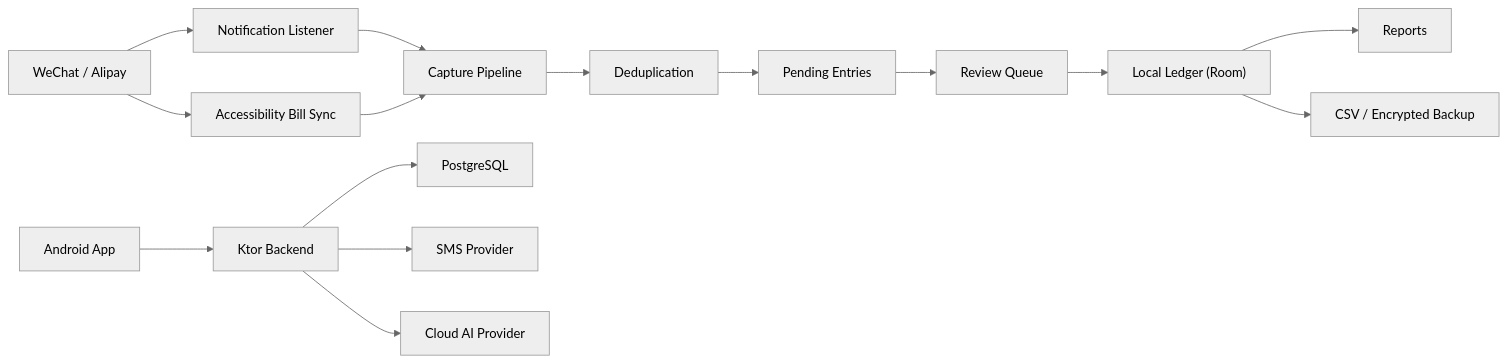
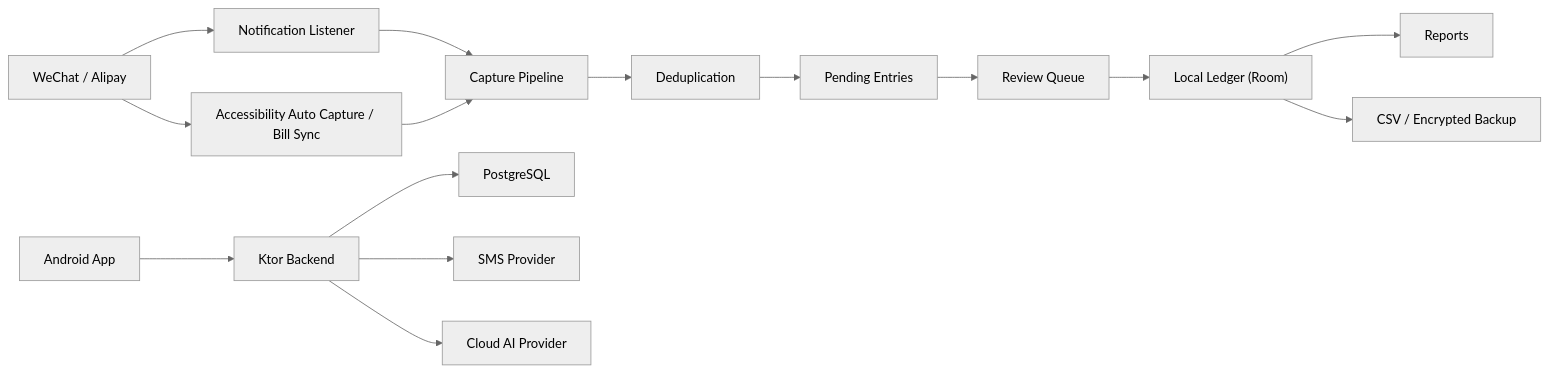
The diagram in docs/ARCHITECTURE.md (arfa069/auto-accounting), drawn with Mermaid (neutral theme) before and after one commit. The commit also changed other lines of this file and 50 other files, not shown here.

````diff
--- a/docs/ARCHITECTURE.md
+++ b/docs/ARCHITECTURE.md
@@ -9,17 +9,17 @@
 ```mermaid
 flowchart LR
   WeChat["WeChat / Alipay"] --> Notify["Notification Listener"]
-  WeChat --> A11y["Accessibility Bill Sync"]
+  WeChat --> A11y["Accessibility Auto Capture / Bill Sync"]
   Notify --> Capture["Capture Pipeline"]
   A11y --> Capture
   Capture --> Dedupe["Deduplication"]
   Dedupe --> Pending["Pending Entries"]
   Pending --> Review["Review Queue"]
   Review --> Ledger["Local Ledger (Room)"]
   Ledger --> Reports["Reports"]
   Ledger --> Export["CSV / Encrypted Backup"]
   App["Android App"] --> Backend["Ktor Backend"]
   Backend --> PG["PostgreSQL"]
   Backend --> SMS["SMS Provider"]
   Backend --> AI["Cloud AI Provider"]
 ```
````
